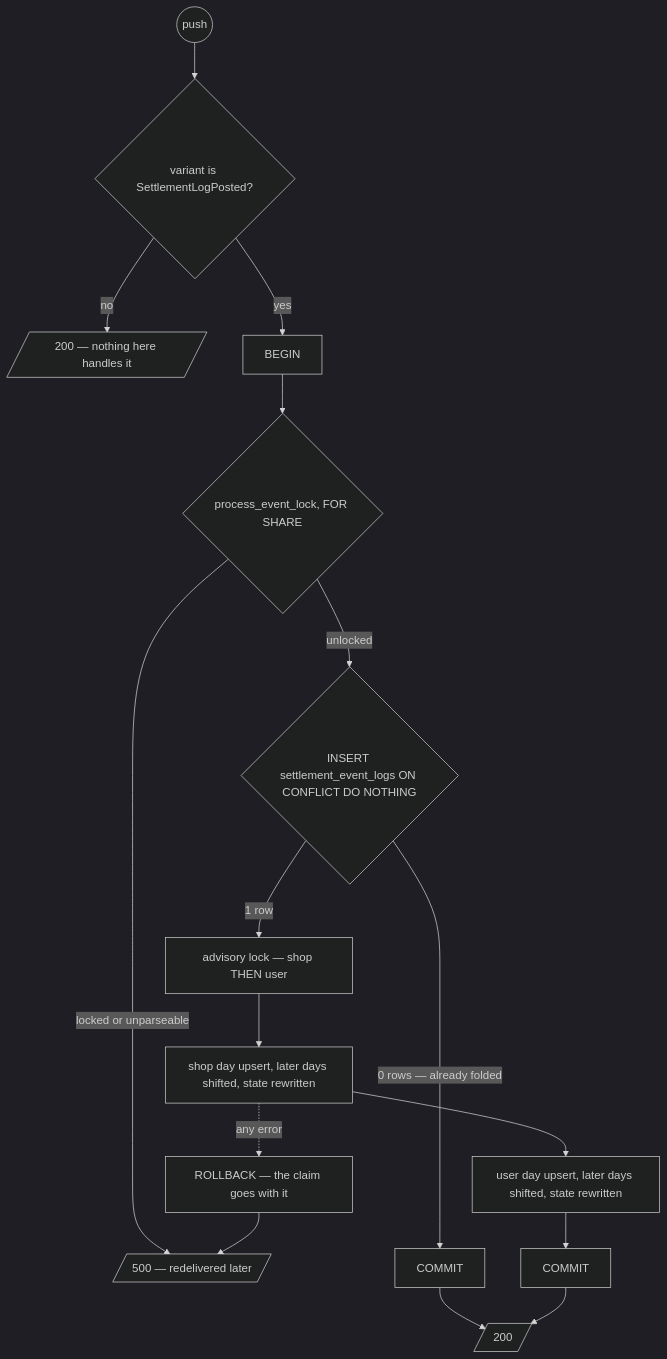
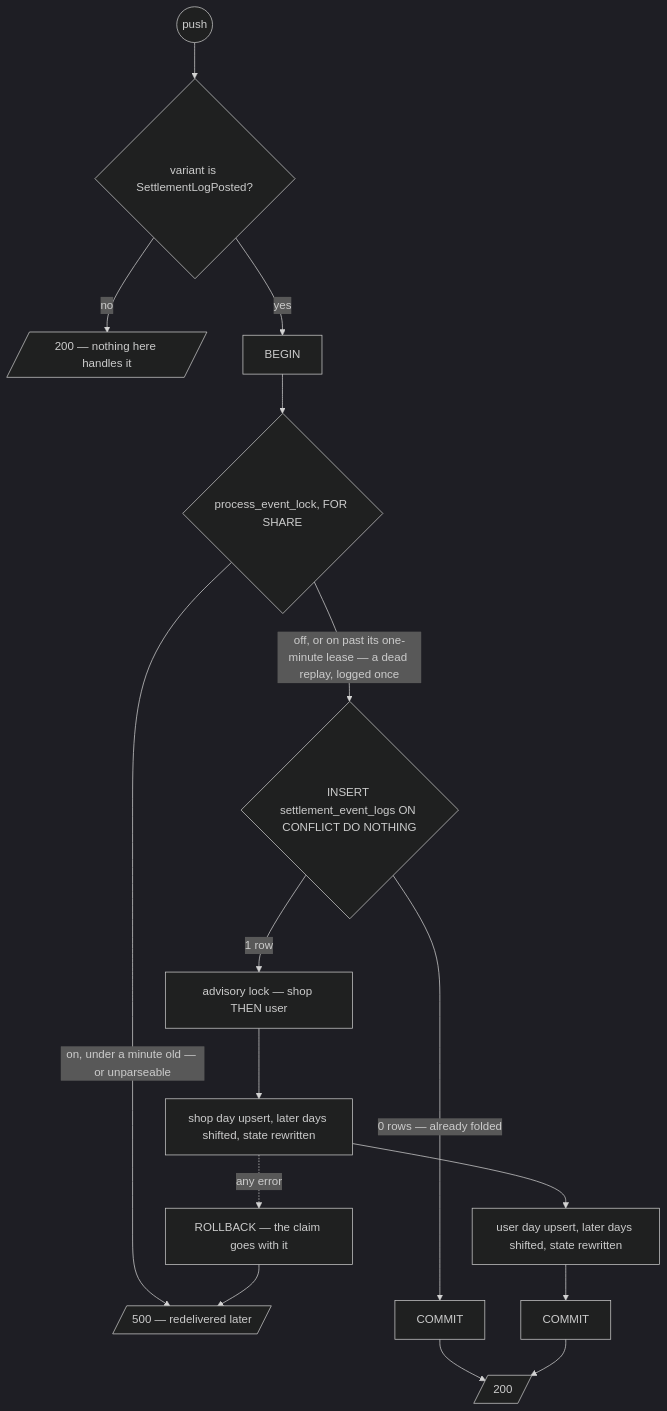
The fifth of 7 diagrams in docs/services/settlement_service/rpc.md (pdcgo/warehouse_revamp), drawn with Mermaid (dark theme) before and after one commit. The commit also changed other lines of this file and 703 other files, not shown here.

````diff
--- a/docs/services/settlement_service/rpc.md
+++ b/docs/services/settlement_service/rpc.md
@@ -199,15 +199,15 @@
 ```mermaid
 flowchart TD
   s(("push")) --> v{"variant is SettlementLogPosted?"}
   v -->|"no"| ack[/"200 — nothing here handles it"/]
   v -->|"yes"| tx["BEGIN"]
   tx --> lock{"process_event_lock, FOR SHARE"}
-  lock -->|"locked or unparseable"| e5[/"500 — redelivered later"/]
-  lock -->|"unlocked"| claim{"INSERT settlement_event_logs ON CONFLICT DO NOTHING"}
+  lock -->|"on, under a minute old — or unparseable"| e5[/"500 — redelivered later"/]
+  lock -->|"off, or on past its one-minute lease — a dead replay, logged once"| claim{"INSERT settlement_event_logs ON CONFLICT DO NOTHING"}
   claim -->|"0 rows — already folded"| c1["COMMIT"] --> ok[/"200"/]
   claim -->|"1 row"| adv["advisory lock — shop THEN user"]
   adv --> sd["shop day upsert, later days shifted, state rewritten"]
   sd --> ud["user day upsert, later days shifted, state rewritten"]
   ud --> c2["COMMIT"] --> ok
   sd -.->|"any error"| rb["ROLLBACK — the claim goes with it"] --> e5
 ```
````
